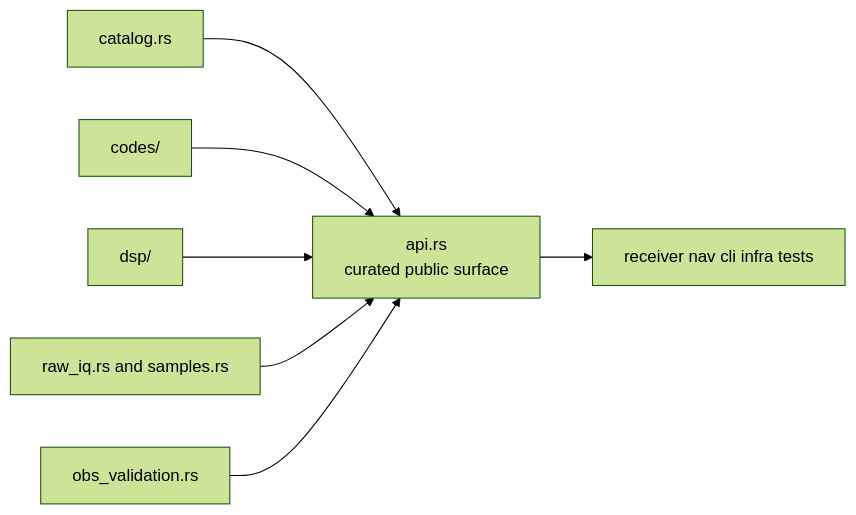
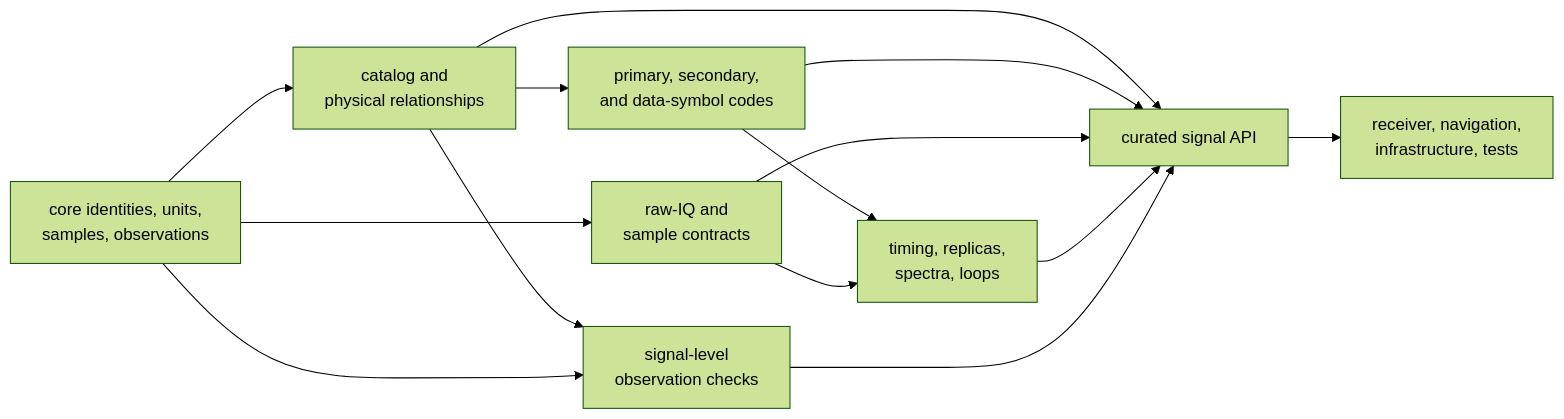
One commit to bijux/bijux-telecom changed the first of 2 diagrams in docs/06-bijux-gnss-signal/architecture/index.md. Above: the diagram before and after it, drawn with Mermaid (forest theme). The commit also changed other lines of this file and 1 other file, not shown here.

Commit message:
docs(signal): map architecture and dependency ownership

````diff
--- a/docs/06-bijux-gnss-signal/architecture/index.md
+++ b/docs/06-bijux-gnss-signal/architecture/index.md
@@ -17,17 +20,23 @@
 ```mermaid
 flowchart LR
-    api["api.rs<br/>curated public surface"]
-    catalog["catalog.rs"]
-    codes["codes/"]
-    dsp["dsp/"]
-    samples["raw_iq.rs and samples.rs"]
-    validation["obs_validation.rs"]
-    downstream["receiver nav cli infra tests"]
+    core["core identities, units,<br/>samples, observations"]
+    catalog["catalog and<br/>physical relationships"]
+    codes["primary, secondary,<br/>and data-symbol codes"]
+    samples["raw-IQ and<br/>sample contracts"]
+    dsp["timing, replicas,<br/>spectra, loops"]
+    validation["signal-level<br/>observation checks"]
+    api["curated signal API"]
+    consumers["receiver, navigation,<br/>infrastructure, tests"]
 
+    core --> catalog
+    core --> samples
+    catalog --> codes --> dsp
+    samples --> dsp
+    catalog --> validation
+    core --> validation
     catalog --> api
     codes --> api
+    samples --> api
     dsp --> api
-    samples --> api
-    validation --> api
-    api --> downstream
+    validation --> api --> consumers
 ```
````
